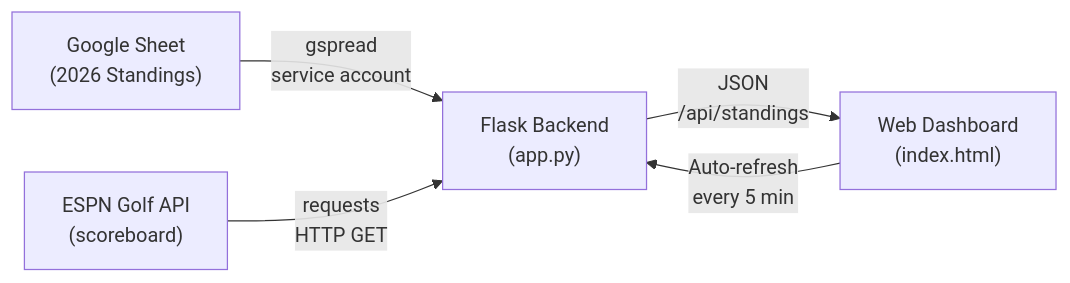
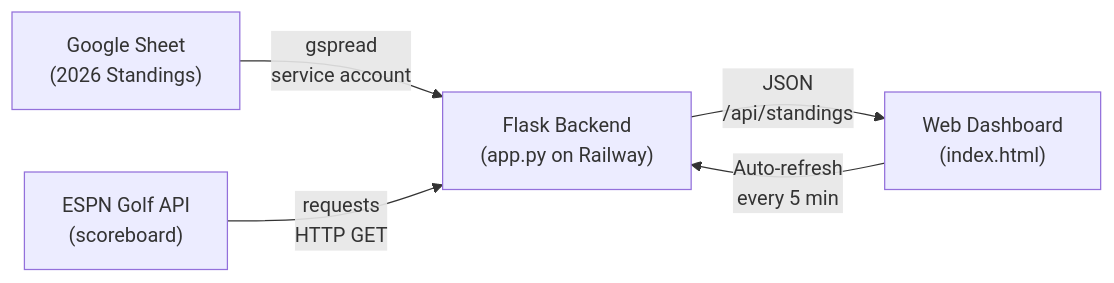
The first of 3 diagrams in PRD.md (bcdray/raymond-golf-app), drawn with Mermaid before and after one commit. The commit also changed other lines of this file, not shown here.

Commit message:
Update PRD with full deployment details, name matching logic, and Railway setup

````diff
--- a/PRD.md
+++ b/PRD.md
@@ -42,7 +51,7 @@
 ```mermaid
 graph LR
-    A["Google Sheet\n(2026 Standings)"] -->|gspread\nservice account| B["Flask Backend\n(app.py)"]
-    C["ESPN Golf API\n(scoreboard)"] -->|requests\nHTTP GET| B
+    A["Google Sheet\n(2026 Standings)"] -->|"gspread\nservice account"| B["Flask Backend\n(app.py on Railway)"]
+    C["ESPN Golf API\n(scoreboard)"] -->|"requests\nHTTP GET"| B
     B -->|"JSON\n/api/standings"| D["Web Dashboard\n(index.html)"]
     D -->|"Auto-refresh\nevery 5 min"| B
 ```
````
